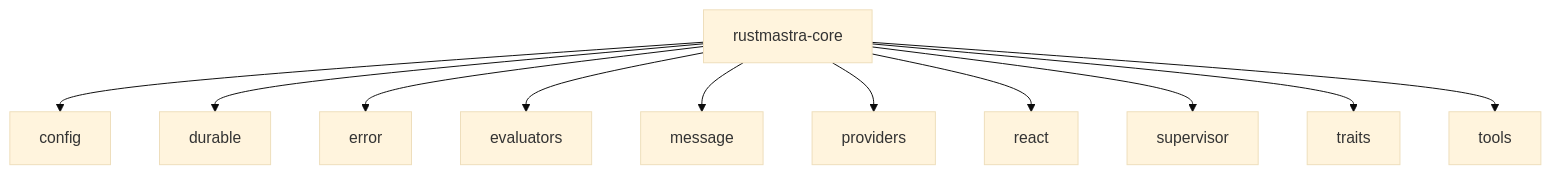
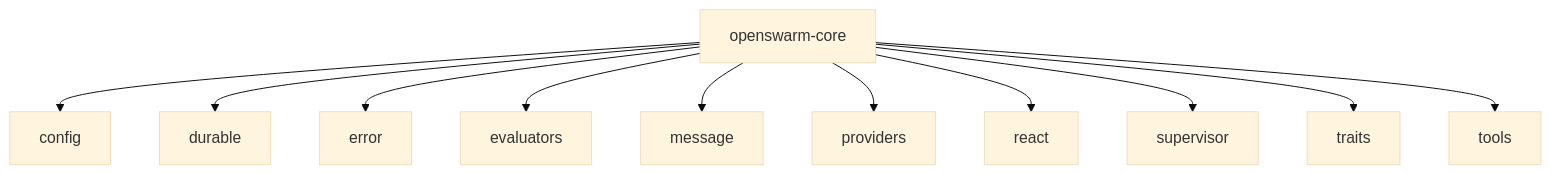
Before and after one commit to Van-Nice/van-swarm: the first of 9 diagrams in documentation/architecture/01-core.md, drawn with Mermaid (base theme). The commit also changed other lines of this file and 80 other files, not shown here.

````diff
--- a/documentation/architecture/01-core.md
+++ b/documentation/architecture/01-core.md
@@ -7,24 +7,24 @@
 ```mermaid
 flowchart TD
-  rustmastra_core["rustmastra-core"]
+  openswarm_core["openswarm-core"]
   config["config"]
   durable["durable"]
   error["error"]
   evaluators["evaluators"]
   message["message"]
   providers["providers"]
   react["react"]
   supervisor["supervisor"]
   traits["traits"]
   tools["tools"]
-  rustmastra_core --> config
-  rustmastra_core --> durable
-  rustmastra_core --> error
-  rustmastra_core --> evaluators
-  rustmastra_core --> message
-  rustmastra_core --> providers
-  rustmastra_core --> react
-  rustmastra_core --> supervisor
-  rustmastra_core --> traits
-  rustmastra_core --> tools
+  openswarm_core --> config
+  openswarm_core --> durable
+  openswarm_core --> error
+  openswarm_core --> evaluators
+  openswarm_core --> message
+  openswarm_core --> providers
+  openswarm_core --> react
+  openswarm_core --> supervisor
+  openswarm_core --> traits
+  openswarm_core --> tools
 ```
````
